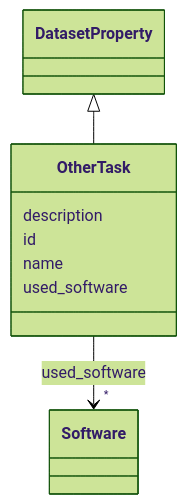
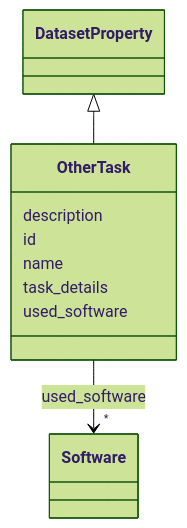
Before and after one commit to bridge2ai/data-sheets-schema: the diagram in docs/OtherTask.md, drawn with Mermaid (forest theme). The commit also changed other lines of this file and 682 other files, not shown here.

````diff
--- a/docs/OtherTask.md
+++ b/docs/OtherTask.md
@@ -20,26 +20,28 @@
 ```mermaid
  classDiagram
     class OtherTask
     click OtherTask href "../OtherTask/"
       DatasetProperty <|-- OtherTask
         click DatasetProperty href "../DatasetProperty/"
       
       OtherTask : description
         
       OtherTask : id
         
       OtherTask : name
+        
+      OtherTask : task_details
         
       OtherTask : used_software
         
           
     
         
         
         OtherTask --> "*" Software : used_software
         click Software href "../Software/"
     
 
         
       
 ```
````
